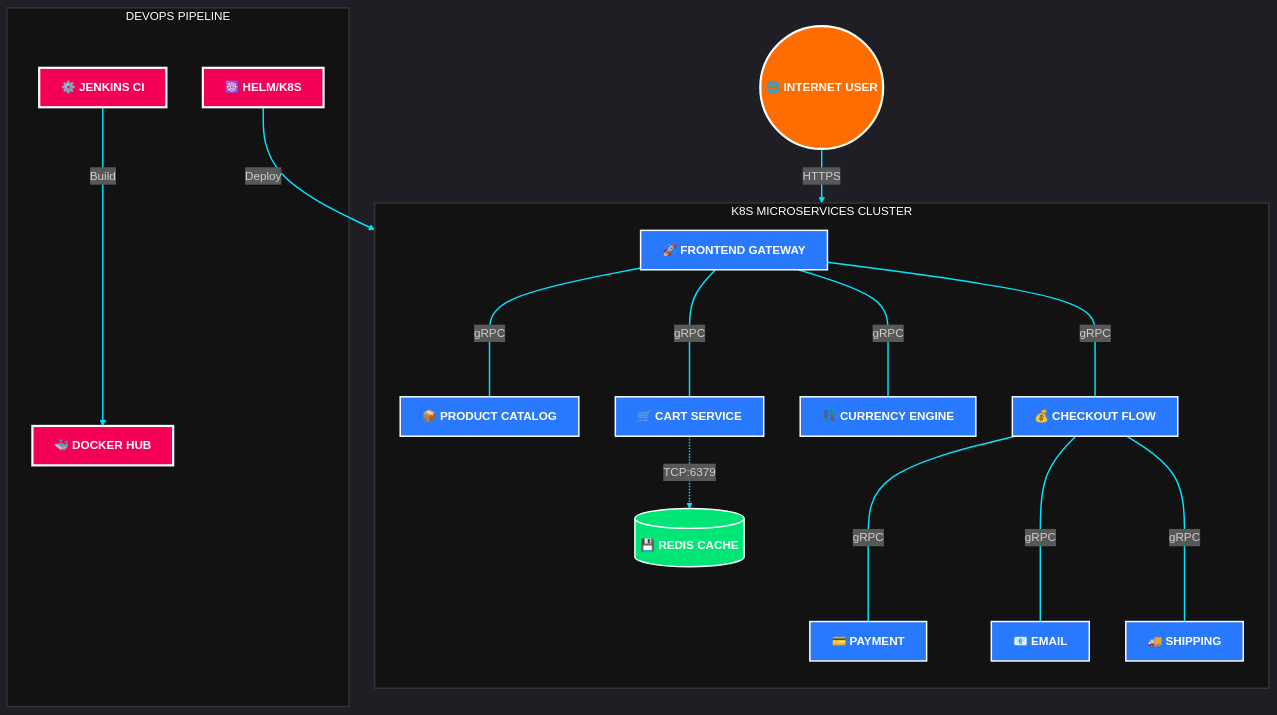
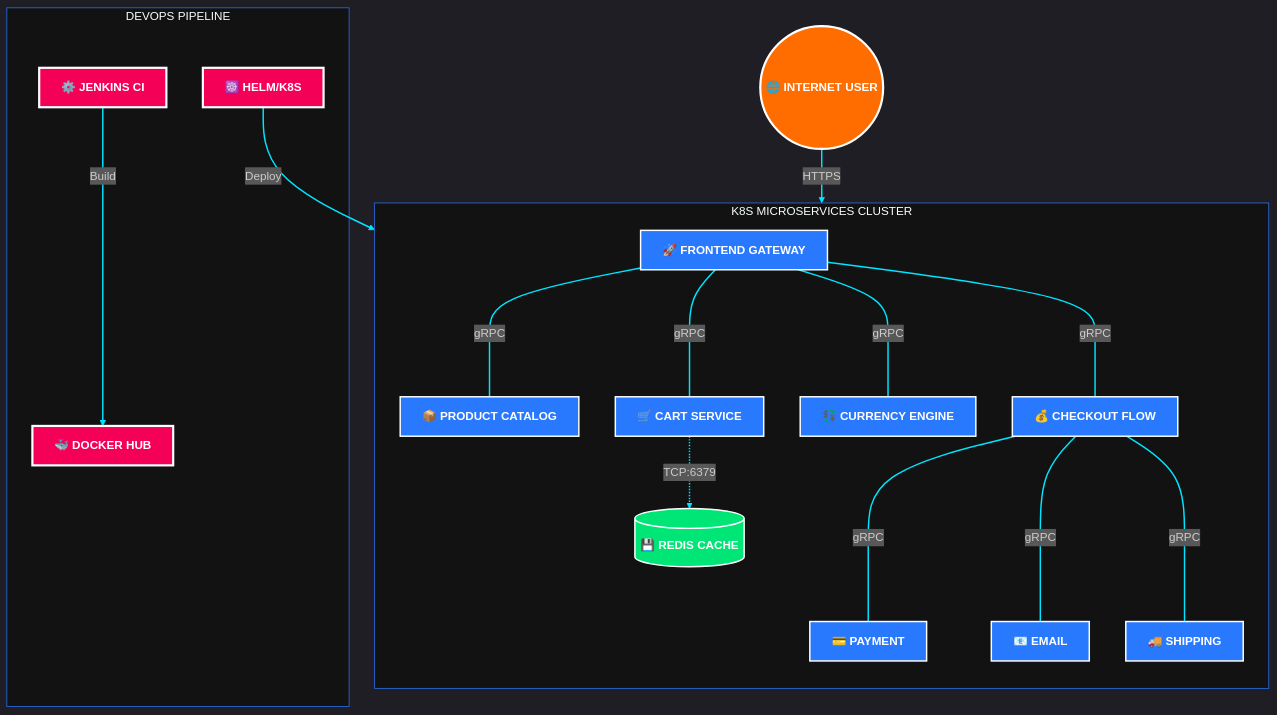
The second of 2 diagrams in README.md (rakeshkolipakaace/Microservices-e-commerce), drawn with Mermaid before and after one commit. The commit also changed other lines of this file, not shown here.

Commit message:
DOCS: Fixed ghost-boxes and forced high-contrast dark theme

````diff
--- a/README.md
+++ b/README.md
@@ -43,38 +60,43 @@
 ```mermaid
-%%{init: {'theme': 'dark', 'themeVariables': { 'darkMode': true, 'background': '#000000', 'primaryColor': '#007BFF' }}}%%
+%%{init: {
+  'theme': 'dark', 
+  'themeVariables': { 
+    'darkMode': true, 
+    'background': '#000000',
+    'primaryColor': '#2979FF',
+    'clusterBkg': '#121212',
+    'clusterBorder': '#2979FF',
+    'lineColor': '#00E5FF'
+  }
+}}%%
 flowchart TD
     %% Node Styling
     classDef ext fill:#FF6D00,stroke:#fff,stroke-width:3px,color:#fff,font-weight:bold;
     classDef core fill:#2979FF,stroke:#fff,stroke-width:2px,color:#fff,font-weight:bold;
     classDef db fill:#00E676,stroke:#fff,stroke-width:2px,color:#fff,font-weight:bold;
     classDef tools fill:#F50057,stroke:#fff,stroke-width:3px,color:#fff,font-weight:bold;
-    classDef cluster fill:#121212,stroke:#333,stroke-width:2px,color:#fff;
 
     User((🌐 INTERNET USER)):::ext -->|HTTPS| Frontend[🚀 FRONTEND GATEWAY]:::core
     
     subgraph K8S_CLUSTER [K8S MICROSERVICES CLUSTER]
         direction TB
         Frontend ====|gRPC| Catalog[📦 PRODUCT CATALOG]:::core
         Frontend ====|gRPC| Cart[🛒 CART SERVICE]:::core
         Frontend ====|gRPC| Currency[💱 CURRENCY ENGINE]:::core
         Frontend ====|gRPC| Checkout[💰 CHECKOUT FLOW]:::core
         
         Cart -.->|TCP:6379| Redis[(💾 REDIS CACHE)]:::db
         
         Checkout ====|gRPC| Payment[💳 PAYMENT]:::core
         Checkout ====|gRPC| Email[📧 EMAIL]:::core
         Checkout ====|gRPC| Ship[🚚 SHIPPING]:::core
     end
 
     subgraph DEVOPS_STACK [DEVOPS PIPELINE]
         Jenkins[⚙️ JENKINS CI]:::tools -->|Build| Docker[🐳 DOCKER HUB]:::tools
         Helm[☸️ HELM/K8S]:::tools -->|Deploy| Frontend
     end
 
-    %% Apply cluster style
-    class K8S_CLUSTER cluster;
-    class DEVOPS_STACK cluster;
-
     %% Link styles
     linkStyle default stroke:#00E5FF,stroke-width:2px;
 ```
````
